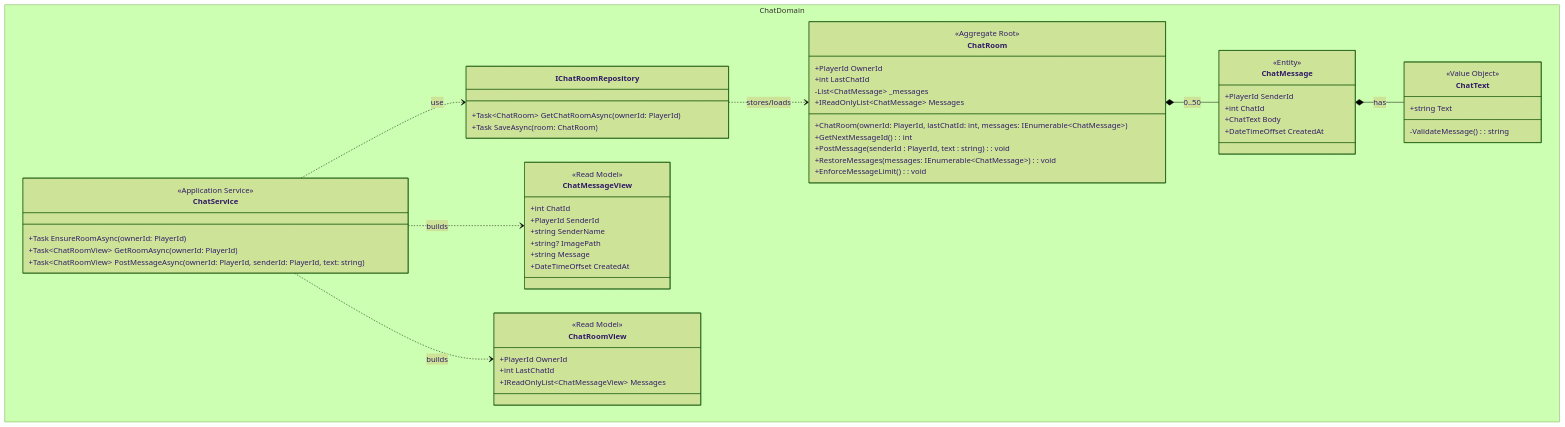
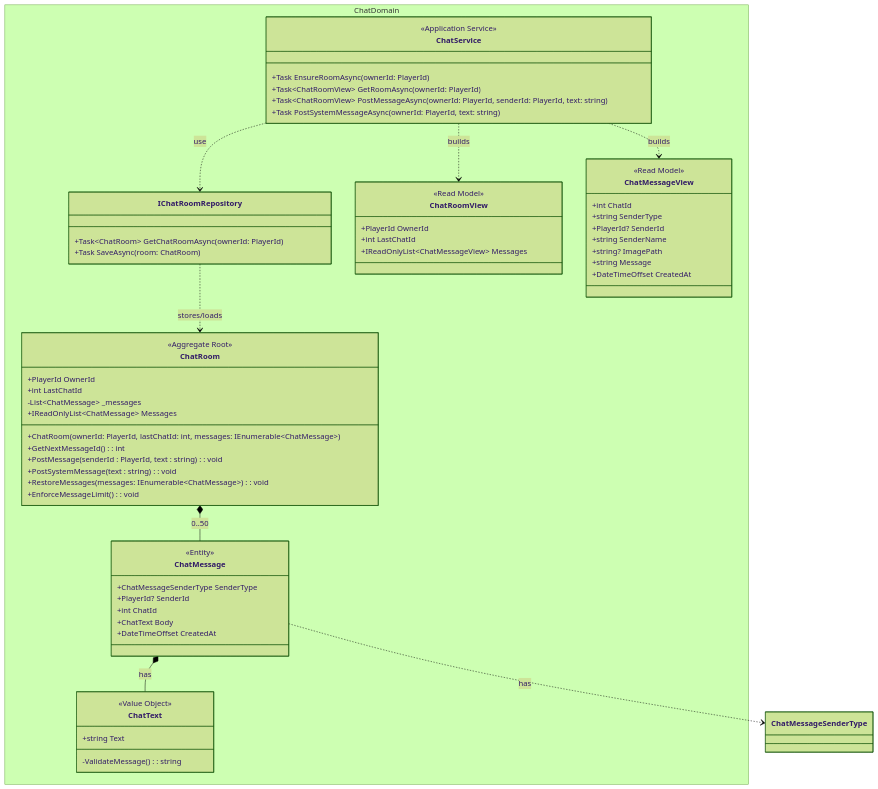
The diagram in docs/MMD03_ChatDomain.mmd (ayumu203/nisekue), drawn with Mermaid (forest theme) before and after one commit. The commit also changed 6 other files, not shown here.

```diff
--- a/docs/MMD03_ChatDomain.mmd
+++ b/docs/MMD03_ChatDomain.mmd
@@ -1,67 +1,72 @@
 classDiagram
     %% Enum 定義は docs/MMD21_Enum.mmd を参照
     namespace ChatDomain {
         %% ルームチャット機能
         class ChatRoom {
             <<Aggregate Root>>
             +PlayerId OwnerId
             +int LastChatId
             -List~ChatMessage~ _messages
             +IReadOnlyList~ChatMessage~ Messages
             +ChatRoom(ownerId: PlayerId, lastChatId: int, messages: IEnumerable~ChatMessage~)
             +GetNextMessageId() : int
             +PostMessage(senderId : PlayerId, text : string) : void
+            +PostSystemMessage(text : string) : void
             +RestoreMessages(messages: IEnumerable~ChatMessage~) : void
             +EnforceMessageLimit() : void
         }
 
         class ChatMessage {
             <<Entity>>
-            +PlayerId SenderId
+            +ChatMessageSenderType SenderType
+            +PlayerId? SenderId
             +int ChatId
             +ChatText Body
             +DateTimeOffset CreatedAt
         }
 
         class ChatText {
             <<Value Object>>
             +string Text
             -ValidateMessage() : string
         }
 
         class IChatRoomRepository {
             +Task~ChatRoom~ GetChatRoomAsync(ownerId: PlayerId)
             +Task SaveAsync(room: ChatRoom)
         }
 
         class ChatRoomView {
             <<Read Model>>
             +PlayerId OwnerId
             +int LastChatId
             +IReadOnlyList~ChatMessageView~ Messages
         }
 
         class ChatMessageView {
             <<Read Model>>
             +int ChatId
-            +PlayerId SenderId
+            +string SenderType
+            +PlayerId? SenderId
             +string SenderName
             +string? ImagePath
             +string Message
             +DateTimeOffset CreatedAt
         }
 
         class ChatService {
             <<Application Service>>
             +Task EnsureRoomAsync(ownerId: PlayerId)
             +Task~ChatRoomView~ GetRoomAsync(ownerId: PlayerId)
             +Task~ChatRoomView~ PostMessageAsync(ownerId: PlayerId, senderId: PlayerId, text: string)
+            +Task PostSystemMessageAsync(ownerId: PlayerId, text: string)
         }
     }
 
     ChatRoom *-- ChatMessage : 0..50
     ChatMessage *-- ChatText : has
+    ChatMessage ..> ChatMessageSenderType : has
     IChatRoomRepository ..> ChatRoom : stores/loads
     ChatService ..> ChatMessageView : builds
     ChatService ..> ChatRoomView : builds
     ChatService ..> IChatRoomRepository : use
```
